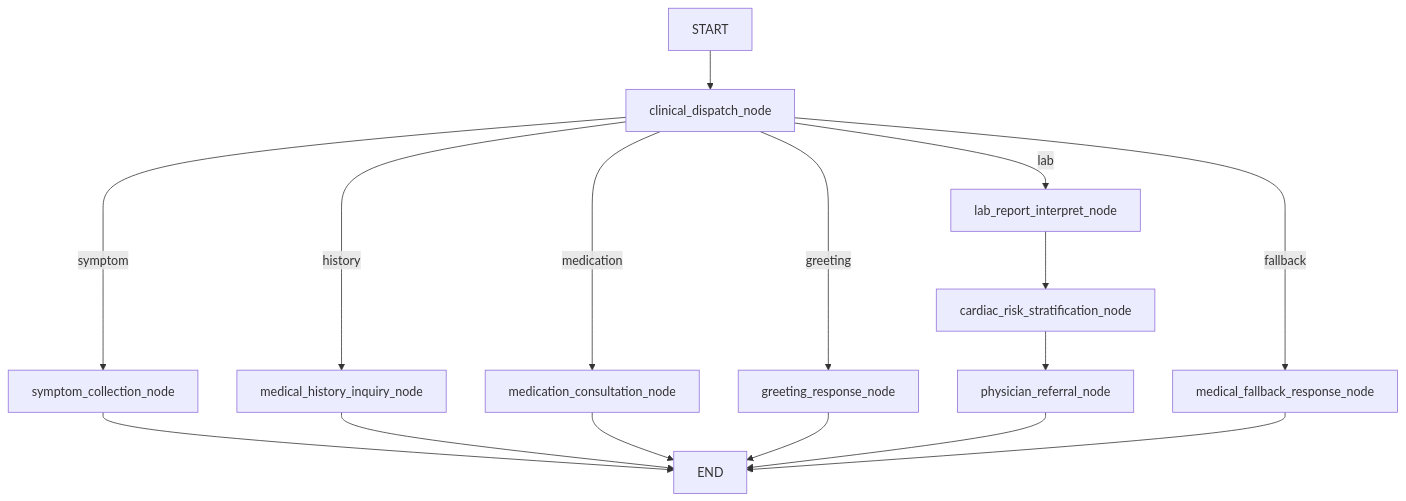
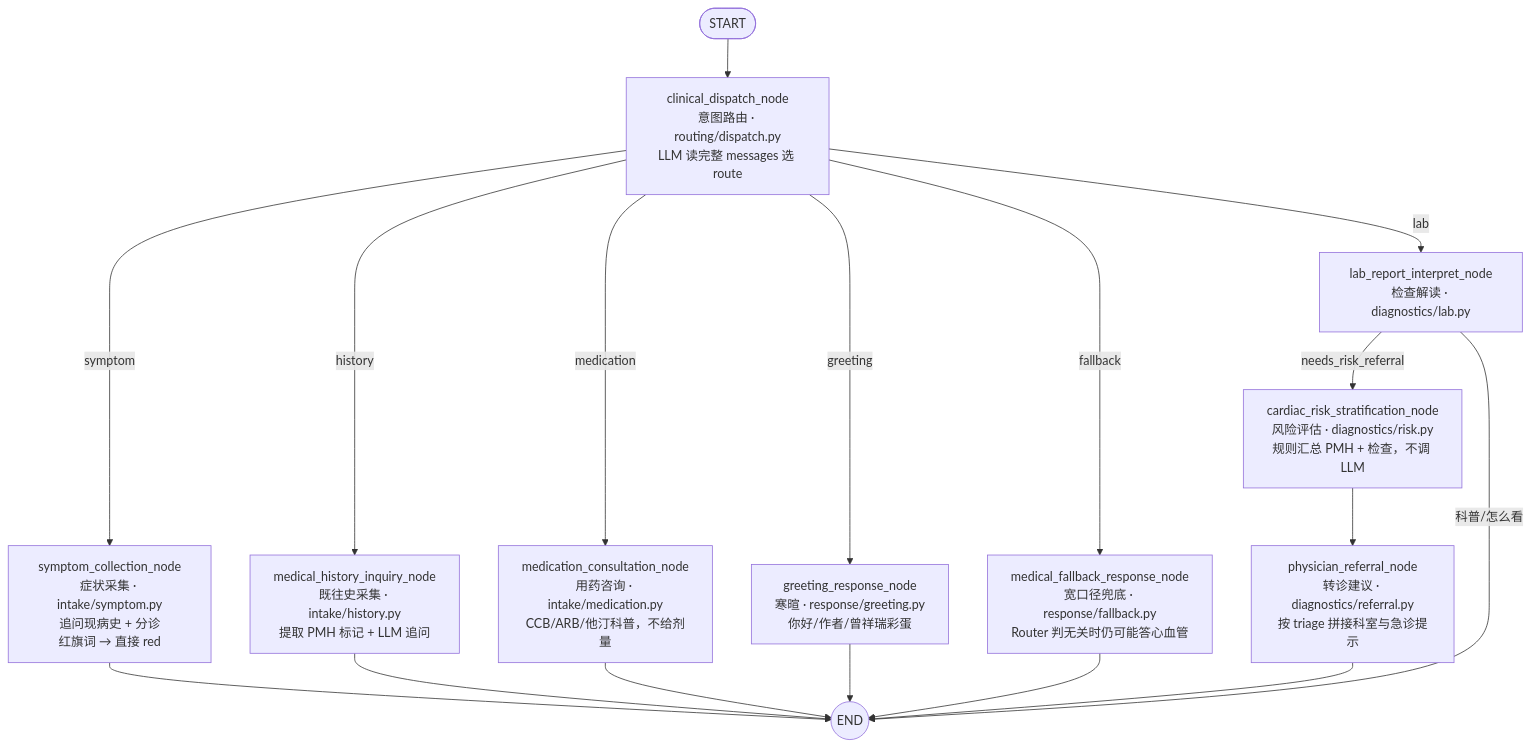
The second of 2 diagrams in services/ai-agent/README.md (SherwinZeng/cardiologyintelligentagent), drawn with Mermaid before and after one commit. The commit also changed other lines of this file and 4 other files, not shown here.

Commit message:
docs: document graph history and deployment flow

````diff
--- a/services/ai-agent/README.md
+++ b/services/ai-agent/README.md
@@ -105,18 +107,22 @@
 ```mermaid
 flowchart TD
-    START --> dispatch[clinical_dispatch_node]
-    dispatch -->|symptom| symptom[symptom_collection_node]
-    dispatch -->|history| history[medical_history_inquiry_node]
-    dispatch -->|medication| medication[medication_consultation_node]
-    dispatch -->|lab| lab[lab_report_interpret_node]
-    dispatch -->|greeting| greeting[greeting_response_node]
-    dispatch -->|fallback| fallback[medical_fallback_response_node]
-    lab --> risk[cardiac_risk_stratification_node]
-    risk --> referral[physician_referral_node]
-    symptom --> END
-    history --> END
-    medication --> END
-    greeting --> END
-    referral --> END
-    fallback --> END
+    startPoint(["START"]) --> dispatch["clinical_dispatch_node<br/>意图路由 · routing/dispatch.py<br/>LLM 读完整 messages 选 route"]
+
+    dispatch -->|symptom| n_symptom["symptom_collection_node<br/>症状采集 · intake/symptom.py<br/>追问现病史 + 分诊<br/>红旗词 → 直接 red"]
+    dispatch -->|history| n_history["medical_history_inquiry_node<br/>既往史采集 · intake/history.py<br/>提取 PMH 标记 + LLM 追问"]
+    dispatch -->|medication| n_medication["medication_consultation_node<br/>用药咨询 · intake/medication.py<br/>CCB/ARB/他汀科普，不给剂量"]
+    dispatch -->|greeting| n_greeting["greeting_response_node<br/>寒暄 · response/greeting.py<br/>你好/作者/曾祥瑞彩蛋"]
+    dispatch -->|fallback| n_fallback["medical_fallback_response_node<br/>宽口径兜底 · response/fallback.py<br/>Router 判无关时仍可能答心血管"]
+    dispatch -->|lab| n_lab["lab_report_interpret_node<br/>检查解读 · diagnostics/lab.py"]
+
+    n_lab -->|needs_risk_referral| n_risk["cardiac_risk_stratification_node<br/>风险评估 · diagnostics/risk.py<br/>规则汇总 PMH + 检查，不调 LLM"]
+    n_lab -->|科普/怎么看| graphEnd(("END"))
+    n_risk --> n_referral["physician_referral_node<br/>转诊建议 · diagnostics/referral.py<br/>按 triage 拼接科室与急诊提示"]
+
+    n_symptom --> graphEnd(("END"))
+    n_history --> graphEnd
+    n_medication --> graphEnd
+    n_greeting --> graphEnd
+    n_fallback --> graphEnd
+    n_referral --> graphEnd
 ```
````
